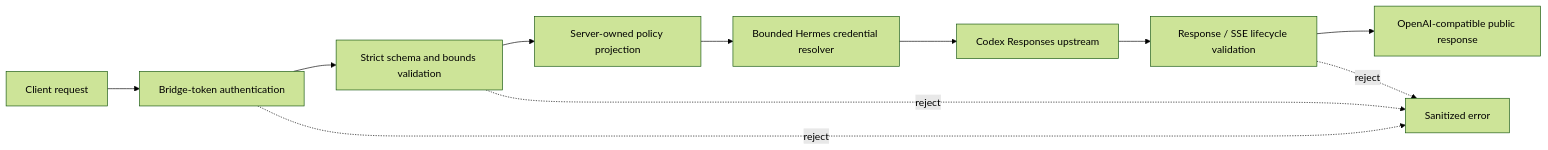
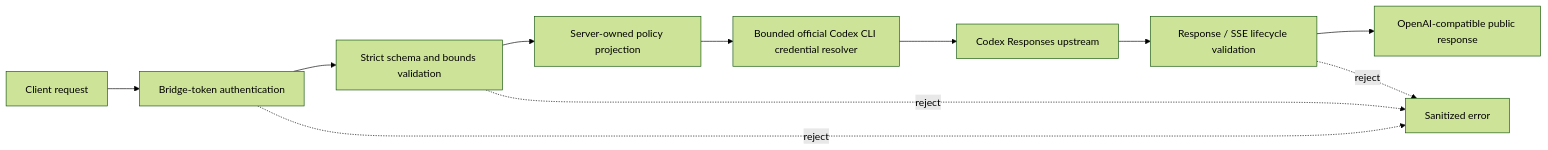
One commit to itmst71/codex-openai-bridge changed the second of 3 diagrams in README.md. Above: the diagram before and after it, drawn with Mermaid (forest theme). The commit also changed other lines of this file and 14 other files, not shown here.

Commit message:
[verified] feat: use official Codex CLI authentication

````diff
--- a/README.md
+++ b/README.md
@@ -100,17 +130,17 @@
 ```mermaid
 flowchart LR
     request["Client request"]
     auth["Bridge-token authentication"]
     validation["Strict schema and bounds validation"]
     policy["Server-owned policy projection"]
-    resolver["Bounded Hermes credential resolver"]
+    resolver["Bounded official Codex CLI credential resolver"]
     upstream["Codex Responses upstream"]
     lifecycle["Response / SSE lifecycle validation"]
     public["OpenAI-compatible public response"]
     error["Sanitized error"]
 
     request --> auth --> validation --> policy --> resolver --> upstream --> lifecycle --> public
     auth -. "reject" .-> error
     validation -. "reject" .-> error
     lifecycle -. "reject" .-> error
 ```
````
